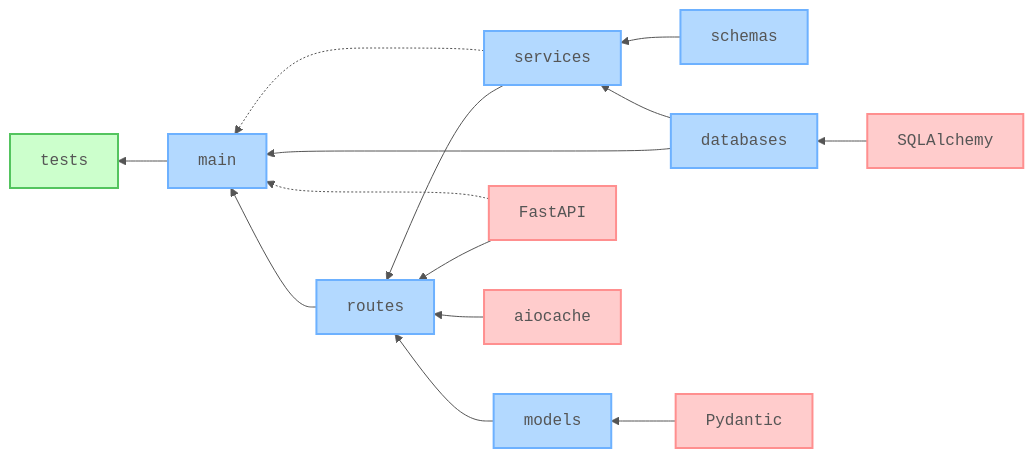
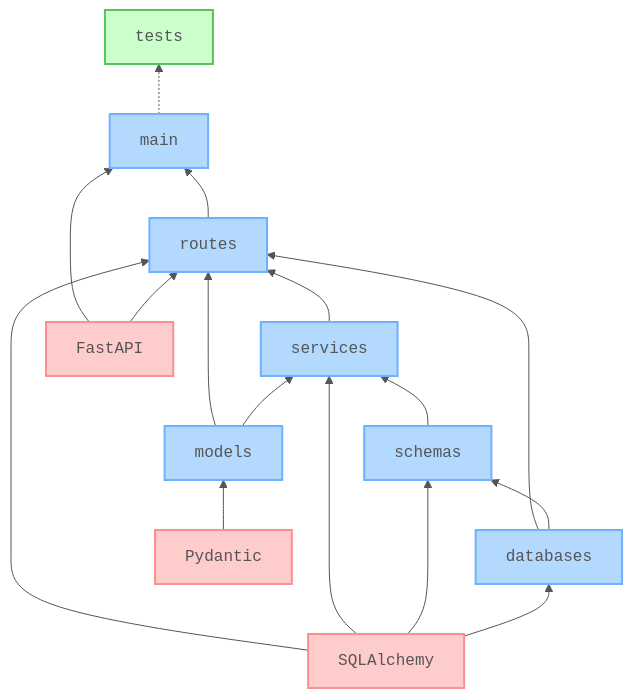
The diagram in README.md (nanotaboada/python-samples-fastapi-restful), drawn with Mermaid before and after one commit. The commit also changed other lines of this file and 2 other files, not shown here.

Commit message:
chore(docs): update Claude config and architecture diagram

````diff
--- a/README.md
+++ b/README.md
@@ -87,55 +87,54 @@
 ```mermaid
 %%{init: {
   "theme": "default",
   "themeVariables": {
     "fontFamily": "Fira Code, Consolas, monospace",
     "textColor": "#555",
     "lineColor": "#555",
     "lineWidth": 2
   }
 }}%%
 
-graph RL
+graph BT
     %% Core application packages
     main[main]
     routes[routes]
     services[services]
     schemas[schemas]
     databases[databases]
     models[models]
 
     %% External dependencies
     fastapi[FastAPI]
     sqlalchemy[SQLAlchemy]
     pydantic[Pydantic]
-    aiocache[aiocache]
 
     %% Test coverage
     tests[tests]
 
-    %% Module dependencies (solid arrows = imports)
+    %% Module dependencies
     routes --> main
-    databases --> main
+    fastapi --> main
     services --> routes
     models --> routes
+    databases --> routes
     schemas --> services
-    databases --> services
+    models --> services
+    databases --> schemas
+    fastapi --> routes
+    sqlalchemy --> routes
+    sqlalchemy --> services
+    sqlalchemy --> schemas
     sqlalchemy --> databases
     pydantic --> models
-    fastapi --> routes
-    aiocache --> routes
-    main --> tests
-
-    %% Runtime composition (dotted arrows = main creates/wires)
-    fastapi -.-> main
-    services -.-> main
+    main -.-> tests
 
     %% Node styling
     classDef core fill:#b3d9ff,stroke:#6db1ff,stroke-width:2px,color:#555,font-family:monospace;
     classDef deps fill:#ffcccc,stroke:#ff8f8f,stroke-width:2px,color:#555,font-family:monospace;
     classDef test fill:#ccffcc,stroke:#53c45e,stroke-width:2px,color:#555,font-family:monospace;
 
     class main,routes,services,schemas,databases,models core
-    class fastapi,sqlalchemy,pydantic,aiocache deps
+    class fastapi,sqlalchemy,pydantic deps
     class tests test
 ```
````
